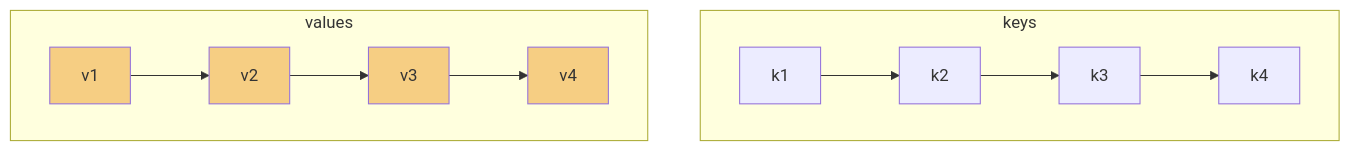
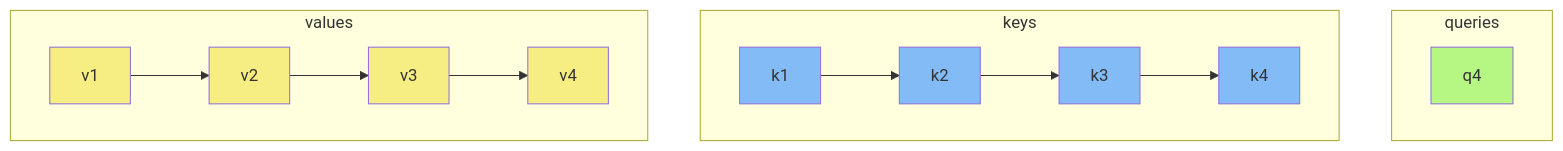
One commit to mapariel/transformers changed the third of 4 diagrams in README.md. Above: the diagram before and after it, drawn with Mermaid. The commit also changed other lines of this file, not shown here.

````diff
--- a/README.md
+++ b/README.md
@@ -33,10 +33,15 @@
 ```mermaid
 flowchart TB;
+    subgraph queries;
+    q4:::query;
+    end;
     subgraph keys;
     k1:::key-->k2:::key-->k3:::key-->k4:::key;
     end;
     subgraph values;
     v1:::value-->v2:::value-->v3:::value-->v4:::value;
-    end;    
-    classDef value fill:#f6ce83;
+    end;
+    classDef key fill:#83bbf6; 
+    classDef value fill:#f6ee83;    
+    classDef query fill:#b6f683;
 ```
````
